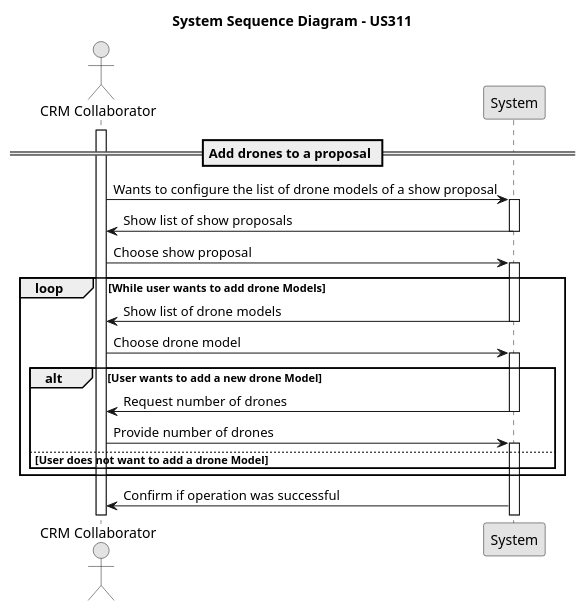
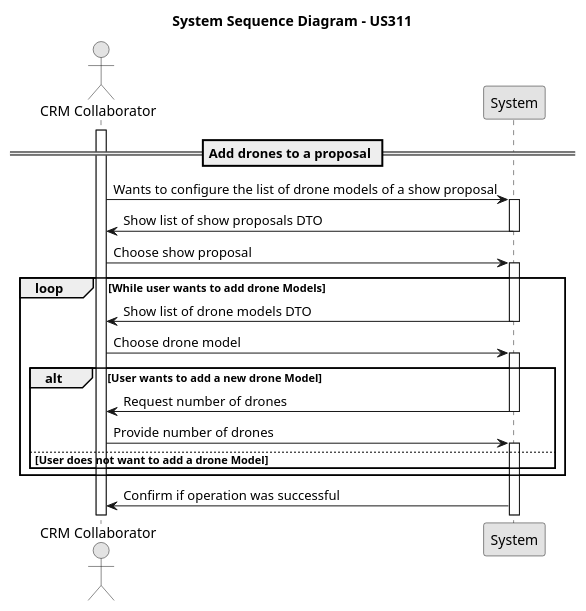
Before and after one commit to rubenFreitas1/ISEP-LAPR4-2024-2025: the diagram in docs/Sprint3/us_311/diagrams/system-sequence-diagram-US311.puml, drawn with PlantUML. The commit also changed 5 other files, not shown here.

```diff
--- a/docs/Sprint3/us_311/diagrams/system-sequence-diagram-US311.puml
+++ b/docs/Sprint3/us_311/diagrams/system-sequence-diagram-US311.puml
@@ -1,45 +1,45 @@
 @startuml
 skinparam monochrome true
 skinparam packageStyle rectangle
 skinparam shadowing false
 
 actor "CRM Collaborator" as crmCollaborator
 participant "System" as system
 
 title System Sequence Diagram - US311
 
 == Add drones to a proposal ==
 activate crmCollaborator
 
 crmCollaborator -> system : Wants to configure the list of drone models of a show proposal
 activate system
 
-system -> crmCollaborator : Show list of show proposals
+system -> crmCollaborator : Show list of show proposals DTO
 deactivate system
 crmCollaborator -> system : Choose show proposal
 
 activate system
 
 loop While user wants to add drone Models
 
-system -> crmCollaborator : Show list of drone models
+system -> crmCollaborator : Show list of drone models DTO
 deactivate system
 
 crmCollaborator -> system : Choose drone model
 activate system
 
 alt User wants to add a new drone Model
             system -> crmCollaborator : Request number of drones
 
 deactivate system
 
 crmCollaborator -> system : Provide number of drones
          else User does not want to add a drone Model
 activate system
 end
 end
 system -> crmCollaborator : Confirm if operation was successful
 
 
 
 @enduml
```
